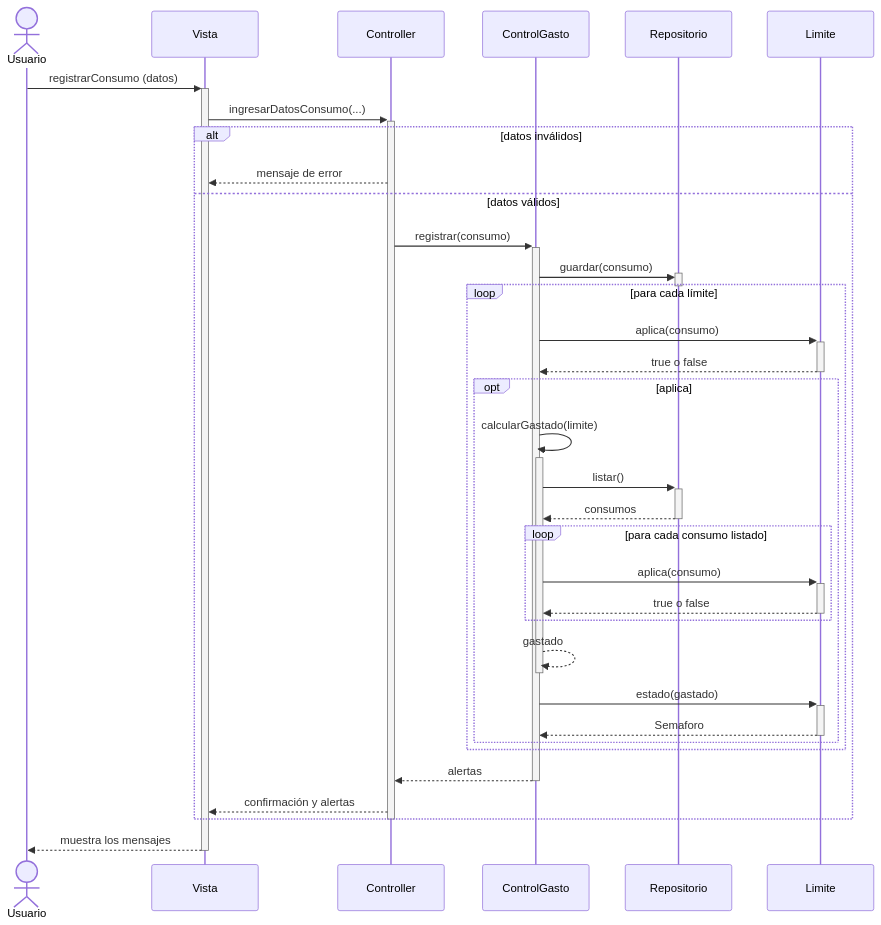
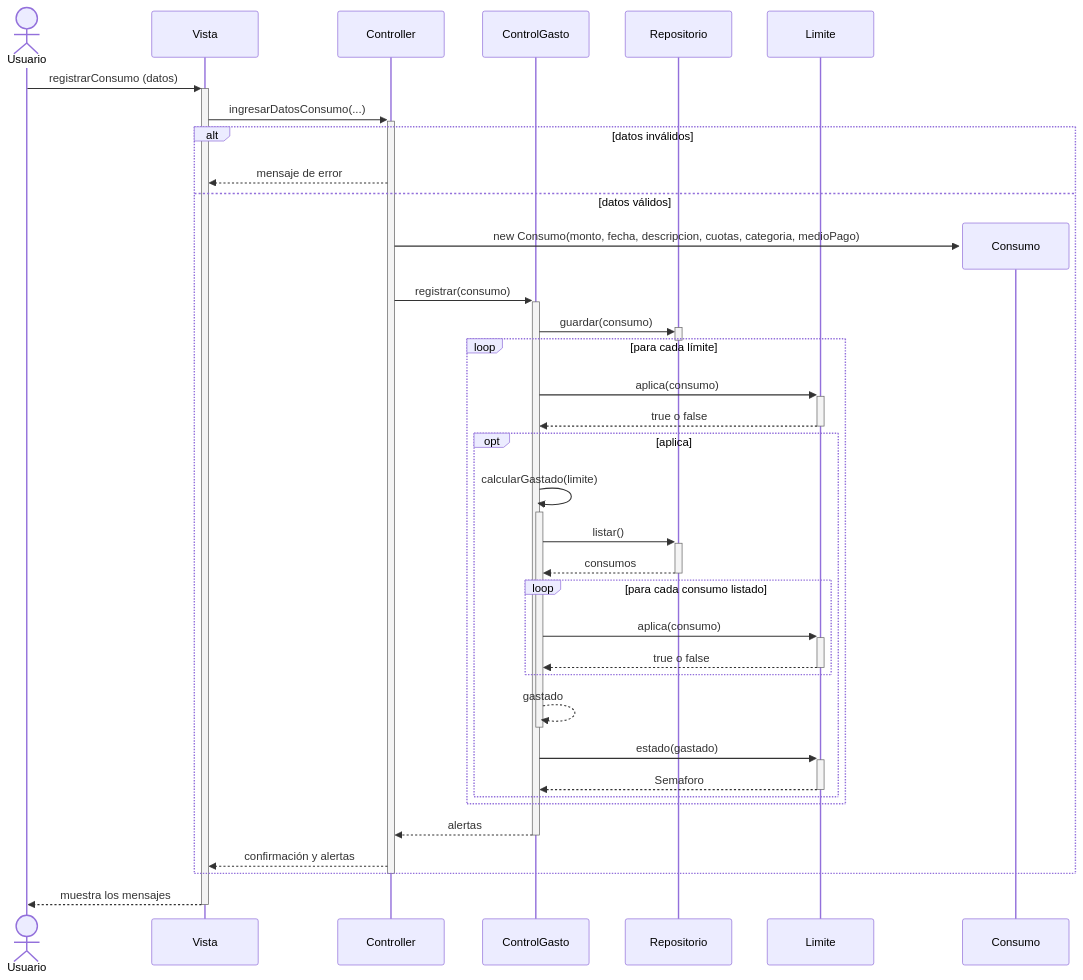
The diagram in Diagramas/CU1.md (morenastolerman/Gestor-de-gastos), drawn with Mermaid before and after one commit. The commit also changed other lines of this file, not shown here.

Commit message:
Add Consumo participant to sequence diagram

````diff
--- a/Diagramas/CU1.md
+++ b/Diagramas/CU1.md
@@ -1,43 +2,45 @@
 ```mermaid
 sequenceDiagram
     actor Usuario
     participant Vista
     participant Controller
     participant ControlGasto
     participant Repositorio
     participant Limite
 
     Usuario->>+Vista: registrarConsumo (datos)
     Vista->>+Controller: ingresarDatosConsumo(...)
 
     alt datos inválidos
         Controller-->>Vista: mensaje de error
     else datos válidos
+        create participant Consumo
+        Controller->>Consumo: new Consumo(monto, fecha, descripcion, cuotas, categoria, medioPago)
         Controller->>+ControlGasto: registrar(consumo)
         ControlGasto->>+Repositorio: guardar(consumo)
         deactivate Repositorio
 
         loop para cada límite
             ControlGasto->>+Limite: aplica(consumo)
             Limite-->>-ControlGasto: true o false
             opt aplica
                 ControlGasto->>+ControlGasto: calcularGastado(limite)
                 ControlGasto->>+Repositorio: listar()
                 Repositorio-->>-ControlGasto: consumos
                 loop para cada consumo listado
                     ControlGasto->>+Limite: aplica(consumo)
                     Limite-->>-ControlGasto: true o false
                 end
                 ControlGasto-->>-ControlGasto: gastado
                 ControlGasto->>+Limite: estado(gastado)
                 Limite-->>-ControlGasto: Semaforo
             end
         end
 
         ControlGasto-->>Controller: alertas
         deactivate ControlGasto
         Controller-->>Vista: confirmación y alertas
     end
     deactivate Controller
     Vista-->>-Usuario: muestra los mensajes
 ```
````
